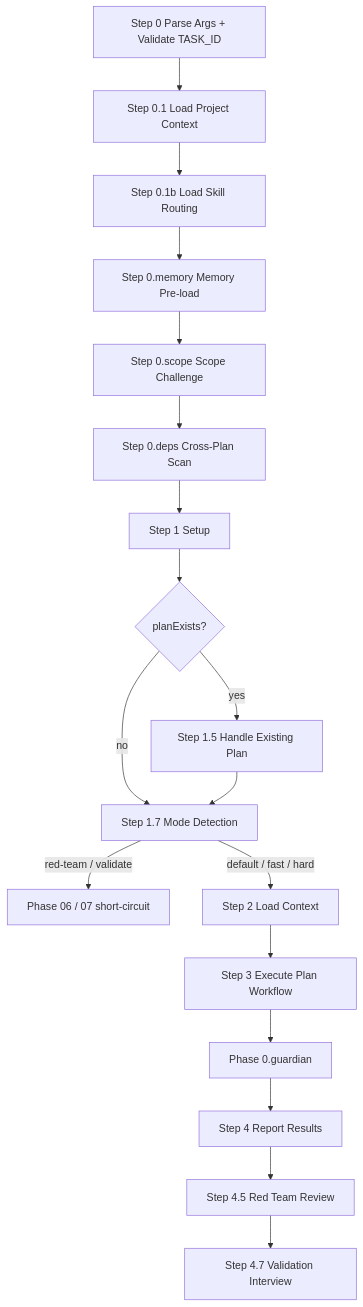
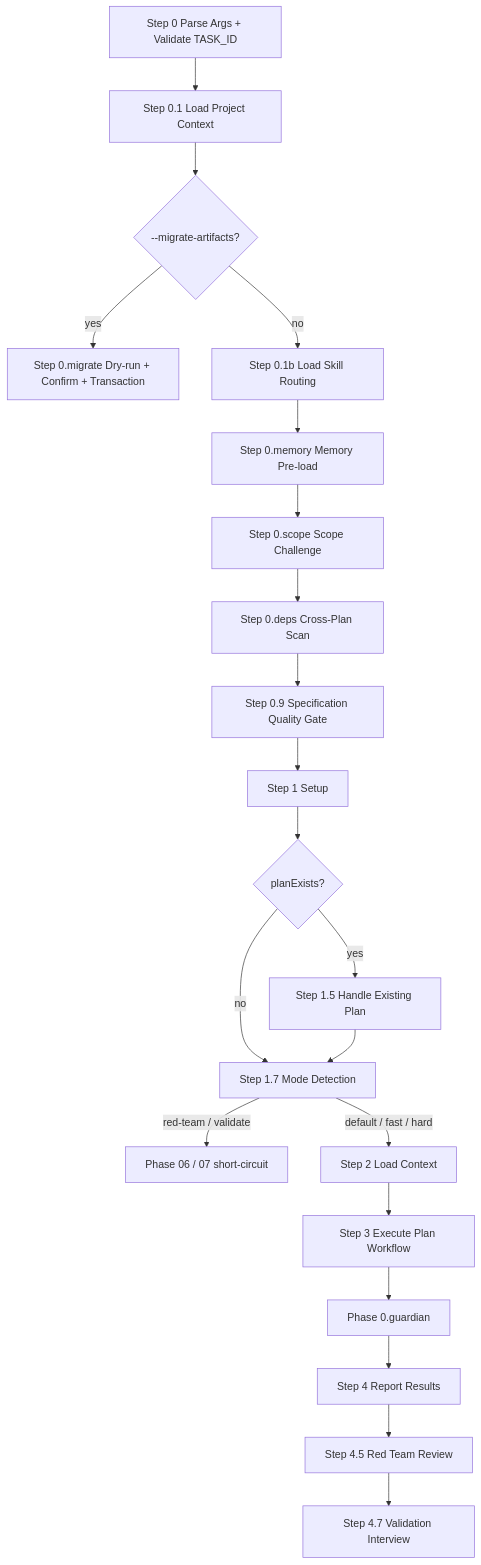
One commit to vinhltt/tdk changed the diagram in .specify/codex-plugins/tdk-core/skills/tdk-plan/SKILL.md. Above: the diagram before and after it, drawn with Mermaid. The commit also changed other lines of this file and 180 other files, not shown here.

````diff
--- a/.specify/codex-plugins/tdk-core/skills/tdk-plan/SKILL.md
+++ b/.specify/codex-plugins/tdk-core/skills/tdk-plan/SKILL.md
@@ -58,20 +58,23 @@
 ```mermaid
 flowchart TD
     A[Step 0 Parse Args + Validate TASK_ID] --> B[Step 0.1 Load Project Context]
-    B --> B2[Step 0.1b Load Skill Routing]
+    B --> BM{--migrate-artifacts?}
+    BM -->|yes| MW[Step 0.migrate Dry-run + Confirm + Transaction]
+    BM -->|no| B2[Step 0.1b Load Skill Routing]
     B2 --> C[Step 0.memory Memory Pre-load]
     C --> S[Step 0.scope Scope Challenge]
     S --> X[Step 0.deps Cross-Plan Scan]
-    X --> D[Step 1 Setup]
+    X --> Q[Step 0.9 Specification Quality Gate]
+    Q --> D[Step 1 Setup]
     D --> E{planExists?}
     E -->|yes| F[Step 1.5 Handle Existing Plan]
     E -->|no| M[Step 1.7 Mode Detection]
     F --> M
     M -->|red-team / validate| RT[Phase 06 / 07 short-circuit]
     M -->|default / fast / hard| G[Step 2 Load Context]
     G --> H[Step 3 Execute Plan Workflow]
     H --> I[Phase 0.guardian]
     I --> J[Step 4 Report Results]
     J --> RT2[Step 4.5 Red Team Review]
     RT2 --> V[Step 4.7 Validation Interview]
 ```
````
